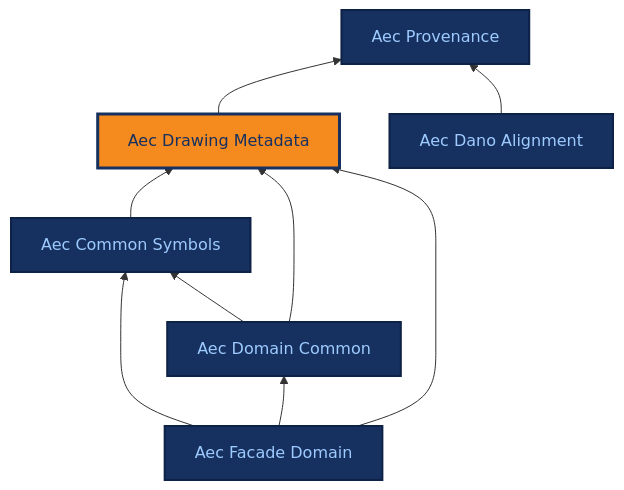
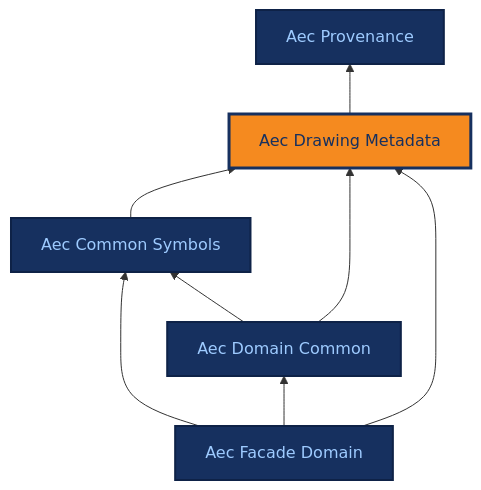
Before and after one commit to BuroHappoldMachineLearning/ADIRO: the diagram in docs/ontologies/aec_drawing_metadata.md, drawn with Mermaid. The commit also changed 23 other files, not shown here.

First line of the commit message:
feat(aec_dano_alignment)!: remove the DAnO compatibility layer; keep the comparison as documentation only

````diff
--- a/docs/ontologies/aec_drawing_metadata.md
+++ b/docs/ontologies/aec_drawing_metadata.md
@@ -17,28 +17,25 @@
 ```mermaid
 %%{init: {"themeCSS": ".base .nodeLabel,.base .nodeLabel p,.base text,.base tspan{fill:#9ecbff !important;color:#9ecbff !important}.current .nodeLabel,.current .nodeLabel p,.current text,.current tspan{fill:#16305f !important;color:#16305f !important}"} }%%
 graph BT
     aec_provenance["Aec Provenance"]
     aec_drawing_metadata["Aec Drawing Metadata"]
     aec_common_symbols["Aec Common Symbols"]
     aec_domain_common["Aec Domain Common"]
     aec_facade_domain["Aec Facade Domain"]
-    aec_dano_alignment["Aec Dano Alignment"]
     aec_drawing_metadata --> aec_provenance
     aec_common_symbols --> aec_drawing_metadata
     aec_domain_common --> aec_common_symbols
     aec_domain_common --> aec_drawing_metadata
     aec_facade_domain --> aec_common_symbols
     aec_facade_domain --> aec_domain_common
     aec_facade_domain --> aec_drawing_metadata
-    aec_dano_alignment --> aec_provenance
     click aec_provenance "../aec_provenance/" "Aec Provenance reference page"
     click aec_drawing_metadata "../aec_drawing_metadata/" "Aec Drawing Metadata reference page"
     click aec_common_symbols "../aec_common_symbols/" "Aec Common Symbols reference page"
     click aec_domain_common "../aec_domain_common/" "Aec Domain Common reference page"
     click aec_facade_domain "../aec_facade_domain/" "Aec Facade Domain reference page"
-    click aec_dano_alignment "../aec_dano_alignment/" "Aec Dano Alignment reference page"
     classDef base fill:#16305f,stroke:#0e2247,stroke-width:2px,color:#9ecbff;
-    class aec_provenance,aec_common_symbols,aec_domain_common,aec_facade_domain,aec_dano_alignment base;
+    class aec_provenance,aec_common_symbols,aec_domain_common,aec_facade_domain base;
     classDef current fill:#f58a1f,stroke:#16305f,stroke-width:3px,color:#16305f;
     class aec_drawing_metadata current;
 ```
````
